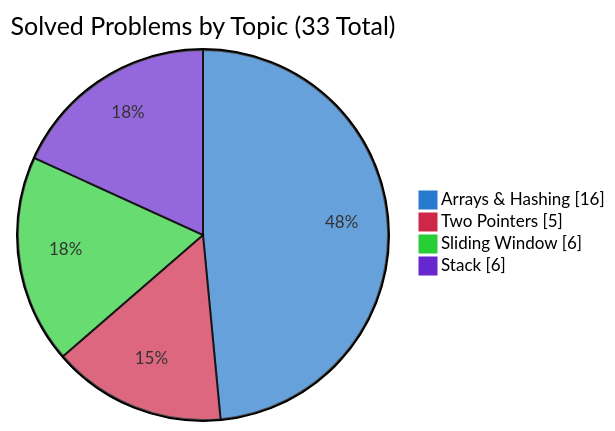
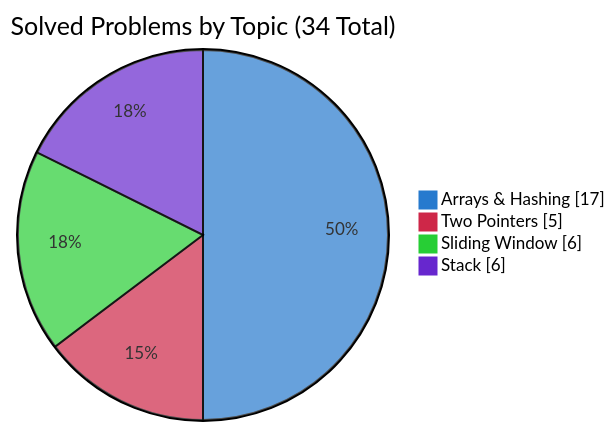
Before and after one commit to simonesiega/leetcode-solutions: the second of 3 diagrams in README.md, drawn with Mermaid. The commit also changed other lines of this file and 3 other files, not shown here.

````diff
--- a/README.md
+++ b/README.md
@@ -78,9 +78,9 @@
 ```mermaid
 %%{init: {"themeVariables":{"pie1":"#277ace","pie2":"#ce2748","pie3":"#27ce35","pie4":"#6727ce"},"themeCSS":".pieCircle:nth-of-type(1){fill:#277ace!important}.legend:nth-of-type(2) rect{fill:#277ace!important;stroke:#277ace!important}.pieCircle:nth-of-type(2){fill:#ce2748!important}.legend:nth-of-type(3) rect{fill:#ce2748!important;stroke:#ce2748!important}.pieCircle:nth-of-type(3){fill:#27ce35!important}.legend:nth-of-type(4) rect{fill:#27ce35!important;stroke:#27ce35!important}.pieCircle:nth-of-type(4){fill:#6727ce!important}.legend:nth-of-type(5) rect{fill:#6727ce!important;stroke:#6727ce!important}"}}%%
 pie showData
-    title Solved Problems by Topic (33 Total)
-    "Arrays & Hashing" : 16
+    title Solved Problems by Topic (34 Total)
+    "Arrays & Hashing" : 17
     "Two Pointers" : 5
     "Sliding Window" : 6
     "Stack" : 6
 ```
````
